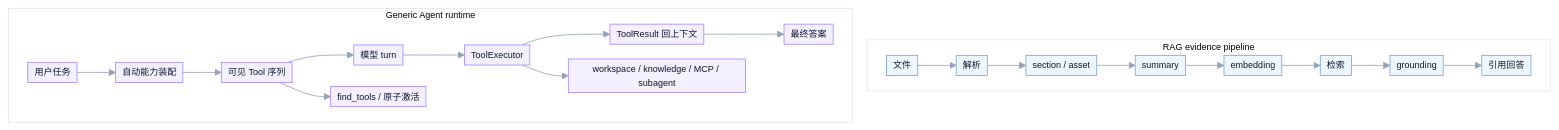
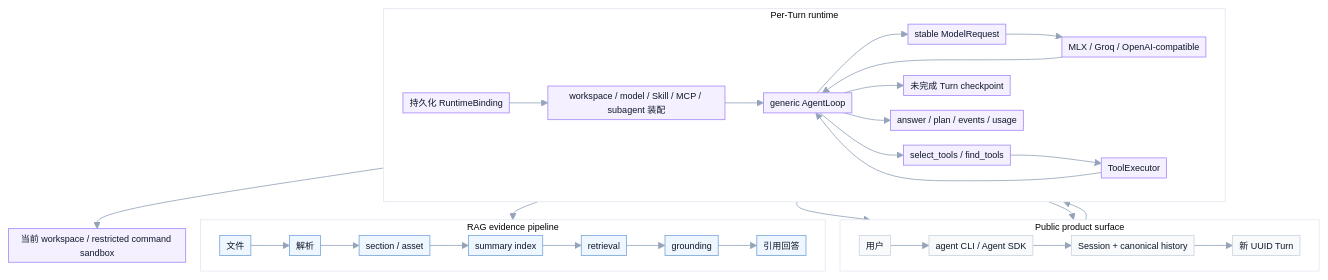
Before and after one commit to xiaoyinglei/Private-RAG-Agent: the diagram in README.md, drawn with Mermaid. The commit also changed other lines of this file, not shown here.

Commit message:
docs: document current agent architecture

````diff
--- a/README.md
+++ b/README.md
@@ -213,20 +316,33 @@
 ```mermaid
 %%{init: {"theme": "base", "themeVariables": {"fontSize": "11px", "primaryColor": "#f8fafc", "primaryTextColor": "#0f172a", "primaryBorderColor": "#cbd5e1", "lineColor": "#94a3b8", "clusterBkg": "#ffffff", "clusterBorder": "#e2e8f0"}, "flowchart": {"nodeSpacing": 18, "rankSpacing": 22, "curve": "basis", "padding": 4}} }%%
 flowchart TB
+    subgraph PUB["Public product surface"]
+        direction LR
+        u["用户"] --> api["agent CLI / Agent SDK"] --> session["Session + canonical history"] --> turn["新 UUID Turn"]
+    end
+
+    subgraph AG["Per-Turn runtime"]
+        direction LR
+        binding["持久化 RuntimeBinding"] --> assembly["workspace / model / Skill / MCP / subagent 装配"] --> loop["generic AgentLoop"]
+        loop --> request["stable ModelRequest"] --> provider["MLX / Groq / OpenAI-compatible"] --> loop
+        loop --> visible["select_tools / find_tools"] --> executor["ToolExecutor"] --> loop
+        loop --> checkpoint["未完成 Turn checkpoint"]
+        loop --> result["answer / plan / events / usage"]
+    end
+
     subgraph RAG["RAG evidence pipeline"]
         direction LR
-        r1["文件"] --> r2["解析"] --> r3["section / asset"] --> r4["summary"] --> r5["embedding"] --> r6["检索"] --> r7["grounding"] --> r8["引用回答"]
+        r1["文件"] --> r2["解析"] --> r3["section / asset"] --> r4["summary index"] --> r5["retrieval"] --> r6["grounding"] --> r7["引用回答"]
     end
 
-    subgraph AG["Generic Agent runtime"]
-        direction LR
-        a1["用户任务"] --> a2["自动能力装配"] --> a3["可见 Tool 序列"] --> a4["模型 turn"] --> a5["ToolExecutor"] --> a6["ToolResult 回上下文"] --> a7["最终答案"]
-        a3 --> a8["find_tools / 原子激活"]
-        a5 --> a9["workspace / knowledge / MCP / subagent"]
-    end
+    turn --> binding
+    executor --> workspace["当前 workspace / restricted command sandbox"]
+    executor --> r5
+    result --> session
+    checkpoint --> session
 
     classDef rag fill:#eef6ff,stroke:#7aa7d9,color:#0f172a;
     classDef agent fill:#f4f0ff,stroke:#a78bfa,color:#0f172a;
-    class r1,r2,r3,r4,r5,r6,r7,r8 rag;
-    class a1,a2,a3,a4,a5,a6,a7,a8,a9 agent;
+    class r1,r2,r3,r4,r5,r6,r7 rag;
+    class binding,assembly,loop,request,provider,visible,executor,checkpoint,result,workspace agent;
 ```
````
